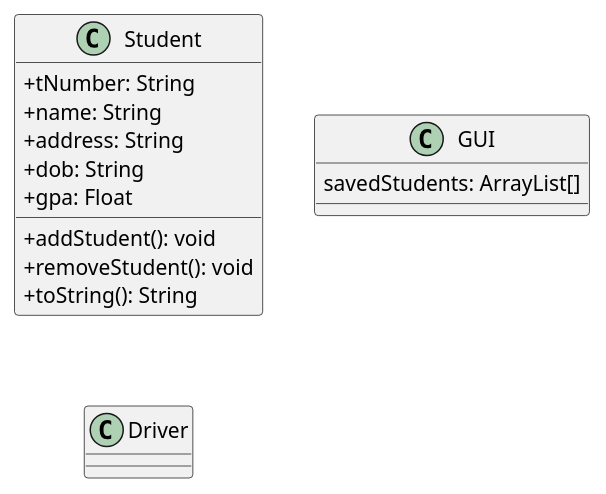
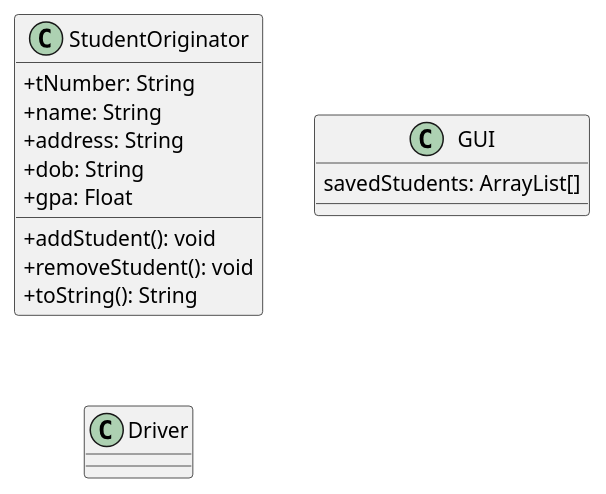
Before and after one commit to Trac91/MementoDesignPattern: the diagram in src/UML1.puml, drawn with PlantUML. The commit also changed 5 other files, not shown here.

First line of the commit message:
Began Refactoring - Renamed Student Class to Student Originator

```diff
--- a/src/UML1.puml
+++ b/src/UML1.puml
@@ -1,28 +1,28 @@
 @startuml
 
 skinparam classAttributeIconSize 0
 
-class Student {
+class StudentOriginator {
 + tNumber: String
 + name: String
 + address: String
 + dob: String
 + gpa: Float
 + addStudent(): void
 + removeStudent(): void
 + toString(): String
 }
 
 class GUI{
 savedStudents: ArrayList[]
 
 
 }
 
 class Driver{
 
 }
 
 
 
 @enduml
```
